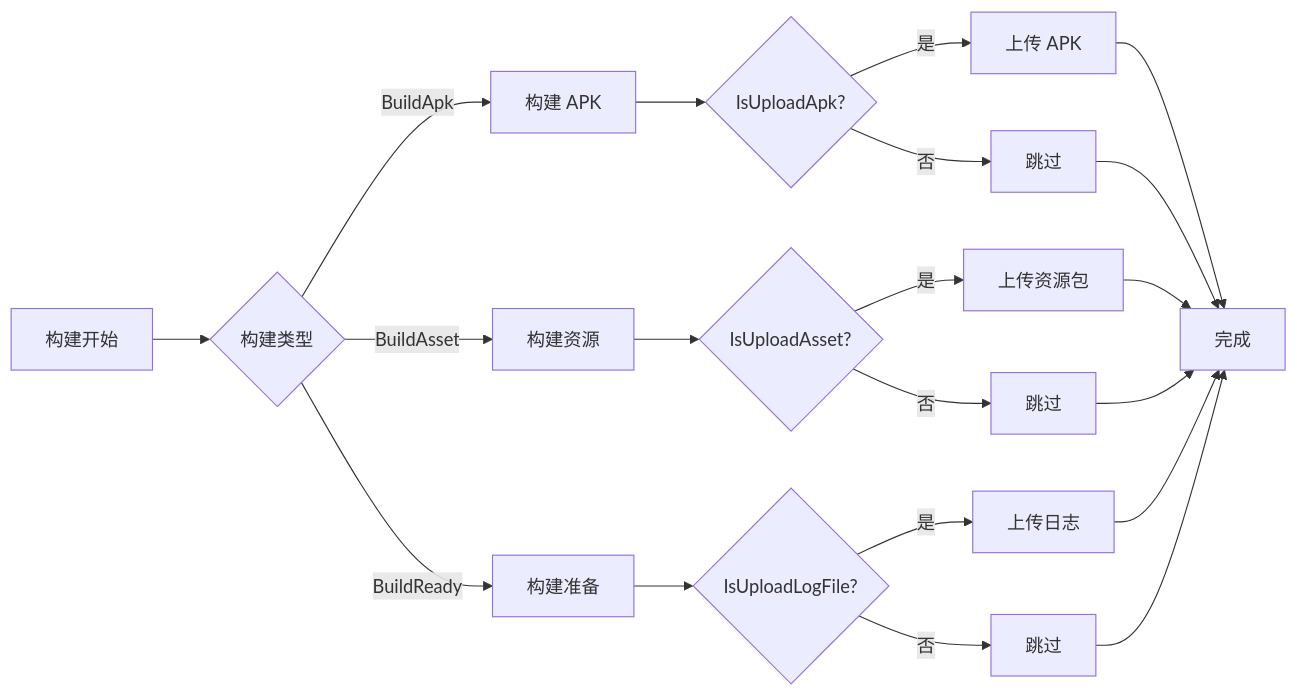
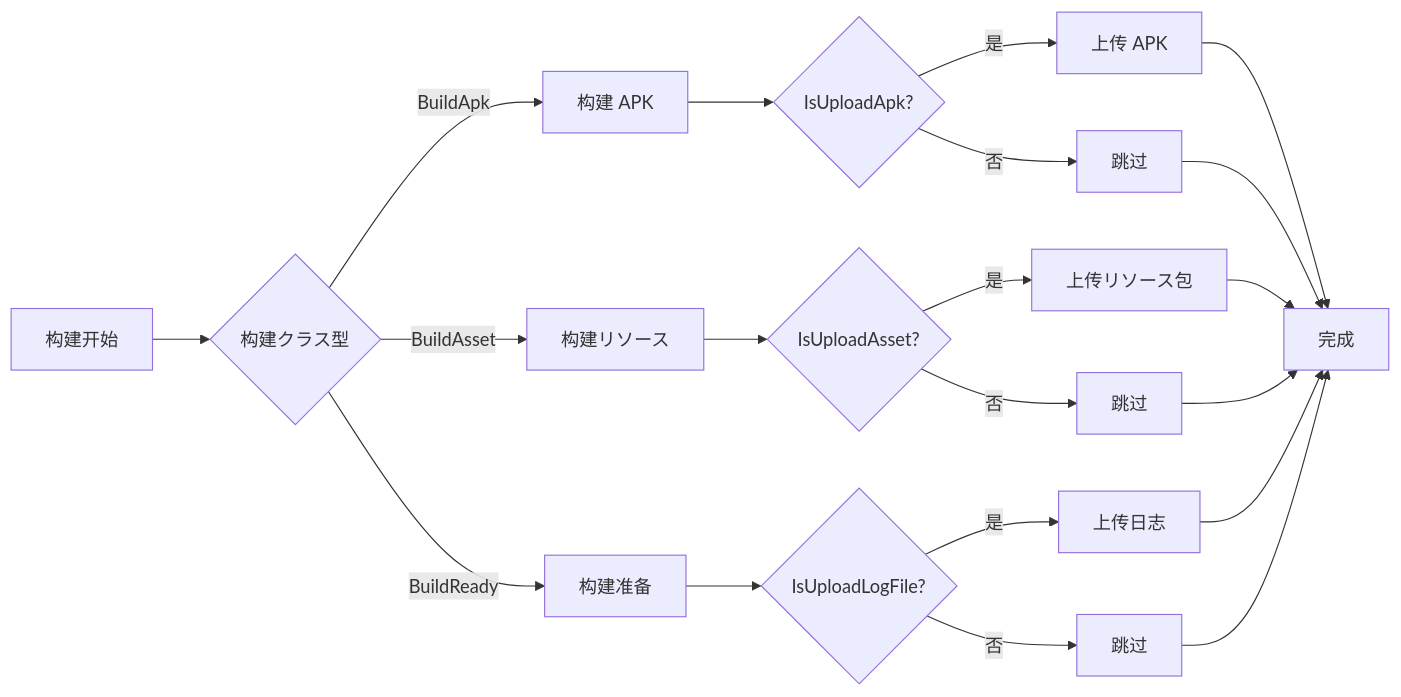
The second of 2 diagrams in docs/ja/client/unity/component/builder/06.object-storage.md (AlianBlank/GameFrameX.Docs), drawn with Mermaid before and after one commit. The commit also changed other lines of this file and 603 other files, not shown here.

````diff
--- a/docs/ja/client/unity/component/builder/06.object-storage.md
+++ b/docs/ja/client/unity/component/builder/06.object-storage.md
@@ -80,26 +80,26 @@
 ```mermaid
 flowchart LR
-    A[构建开始] --> B{构建类型}
+    A[构建开始] --> B{构建クラス型}
     B -->|BuildApk| C[构建 APK]
-    B -->|BuildAsset| D[构建资源]
+    B -->|BuildAsset| D[构建リソース]
     B -->|BuildReady| E[构建准备]
     
     C --> F{IsUploadApk?}
     F -->|是| G[上传 APK]
     F -->|否| H[跳过]
     
     D --> I{IsUploadAsset?}
-    I -->|是| J[上传资源包]
+    I -->|是| J[上传リソース包]
     I -->|否| K[跳过]
     
     E --> L{IsUploadLogFile?}
     L -->|是| M[上传日志]
     L -->|否| N[跳过]
     
     G --> O[完成]
     J --> O
     M --> O
     H --> O
     K --> O
     N --> O
 ```
````
